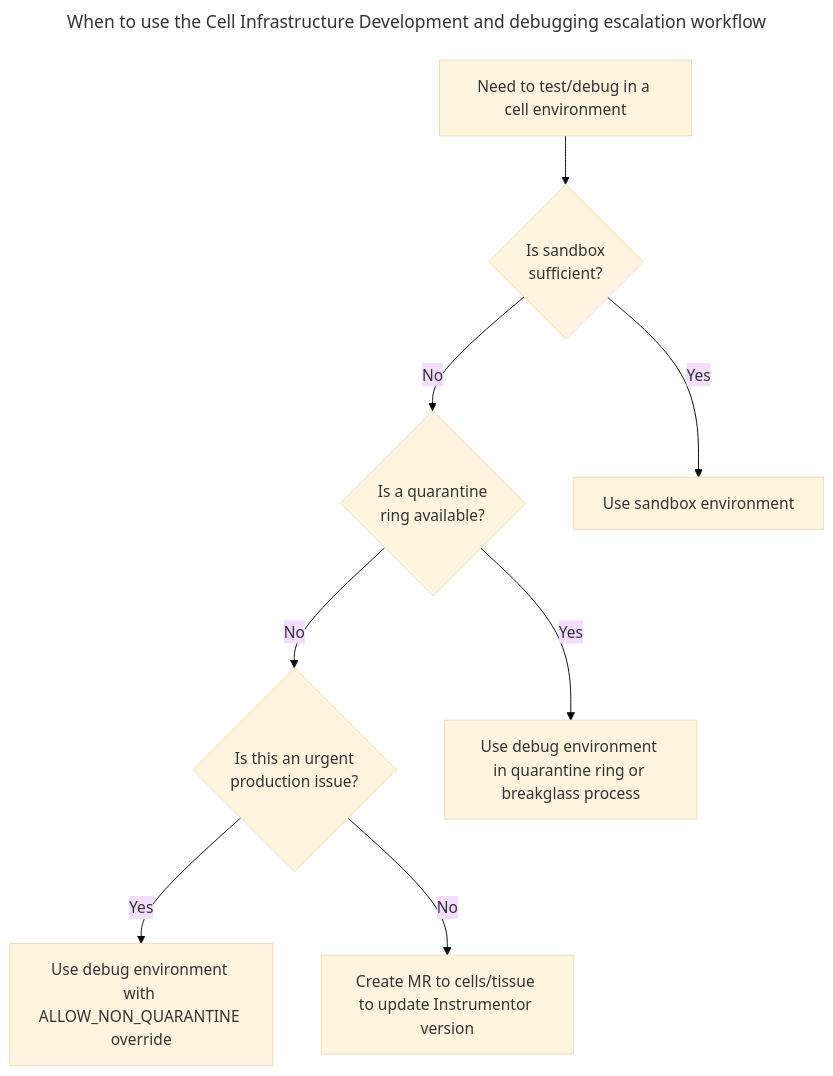
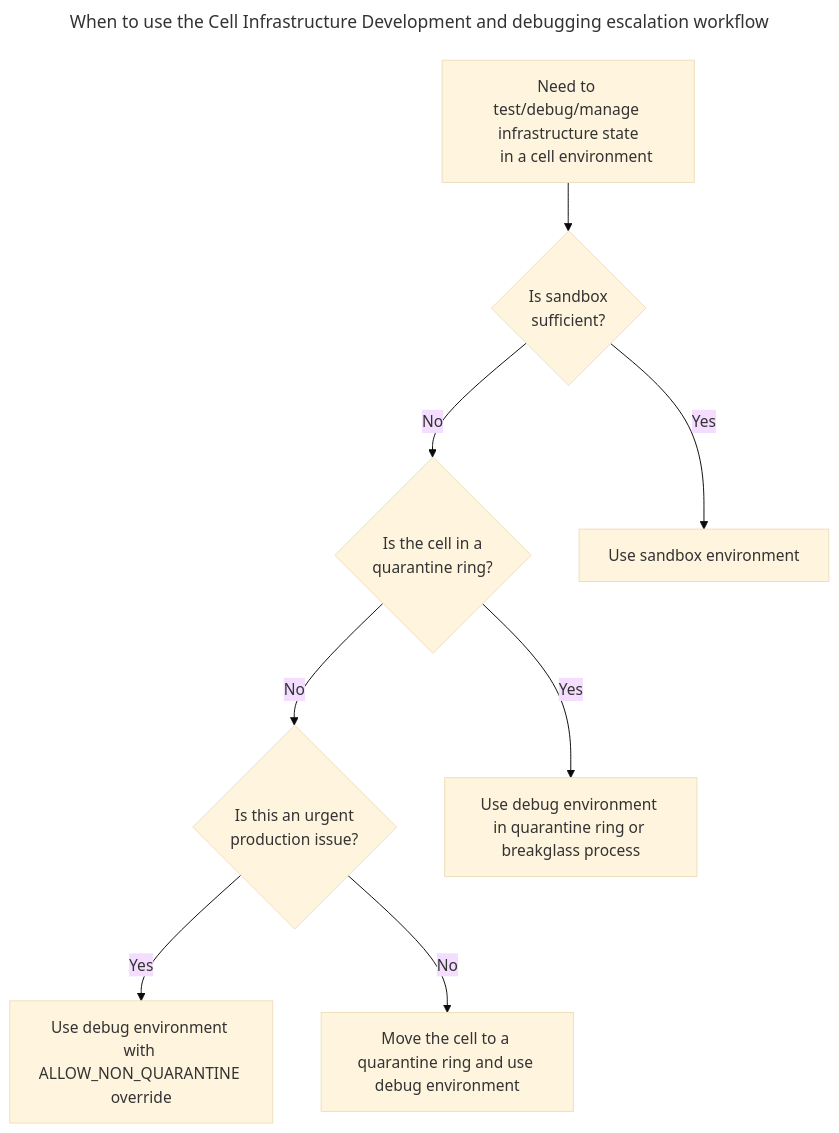
One commit to mattrussi/gitlab-com-runbooks changed the first of 2 diagrams in docs/cells/infra-development.md. Above: the diagram before and after it, drawn with Mermaid (base theme). The commit also changed other lines of this file, not shown here.

````diff
--- a/docs/cells/infra-development.md
+++ b/docs/cells/infra-development.md
@@ -18,32 +18,33 @@
 ```mermaid
 ---
 title: When to use the Cell Infrastructure Development and debugging escalation workflow
 ---
 flowchart TD
-    start[Need to test/debug in a cell environment]
+    start[Need to test/debug/manage infrastructure state
+    in a cell environment]
 
     is_sandbox{Is sandbox
     sufficient?}
 
-    is_quarantine{Is a quarantine
-    ring available?}
+    is_quarantine{Is the cell in a
+    quarantine ring?}
 
     is_urgent{Is this an urgent
     production issue?}
 
     sandbox[Use sandbox environment]
     debug_quarantine[Use debug environment in quarantine ring or breakglass process]
     debug_non_quarantine[Use debug environment with ALLOW_NON_QUARANTINE override]
-    create_mr[Create MR to cells/tissue to update Instrumentor version]
+    use_quarantine[Move the cell to a quarantine ring and use debug environment]
 
     start-->is_sandbox
 
     is_sandbox-->|Yes|sandbox
     is_sandbox-->|No|is_quarantine
 
     is_quarantine-->|Yes|debug_quarantine
     is_quarantine-->|No|is_urgent
 
     is_urgent-->|Yes|debug_non_quarantine
-    is_urgent-->|No|create_mr
+    is_urgent-->|No|use_quarantine
 ```
````
